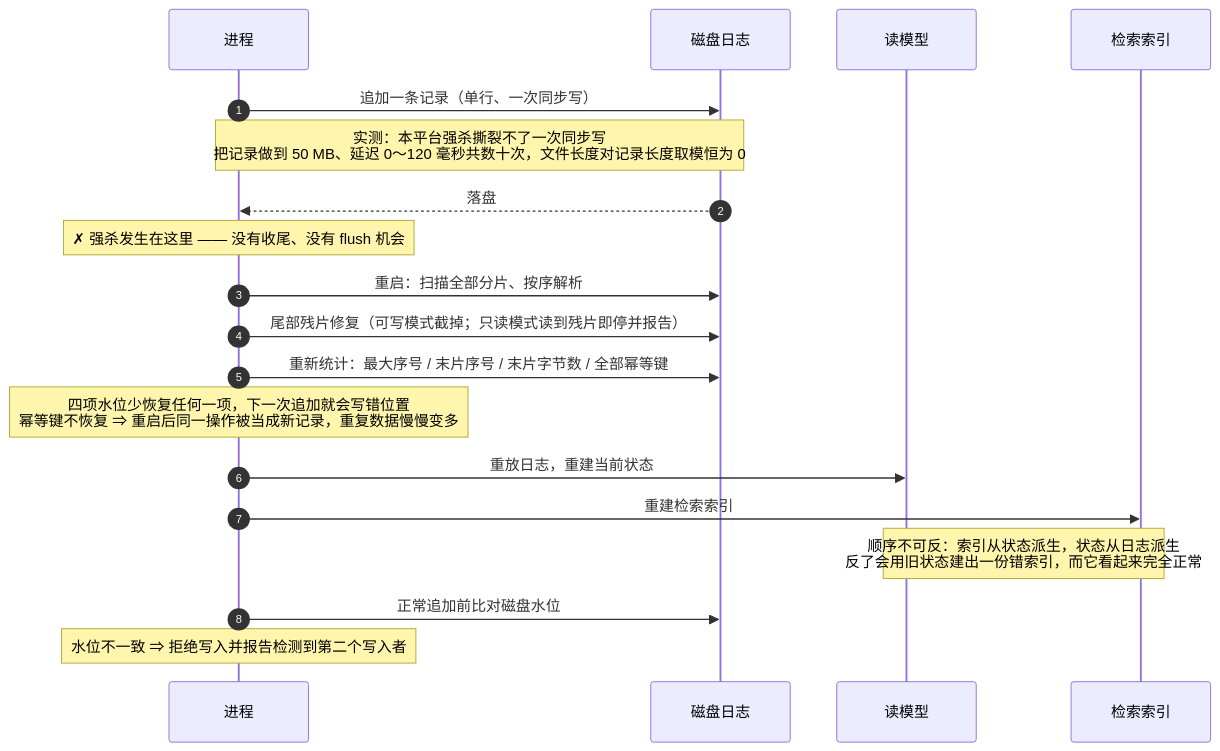
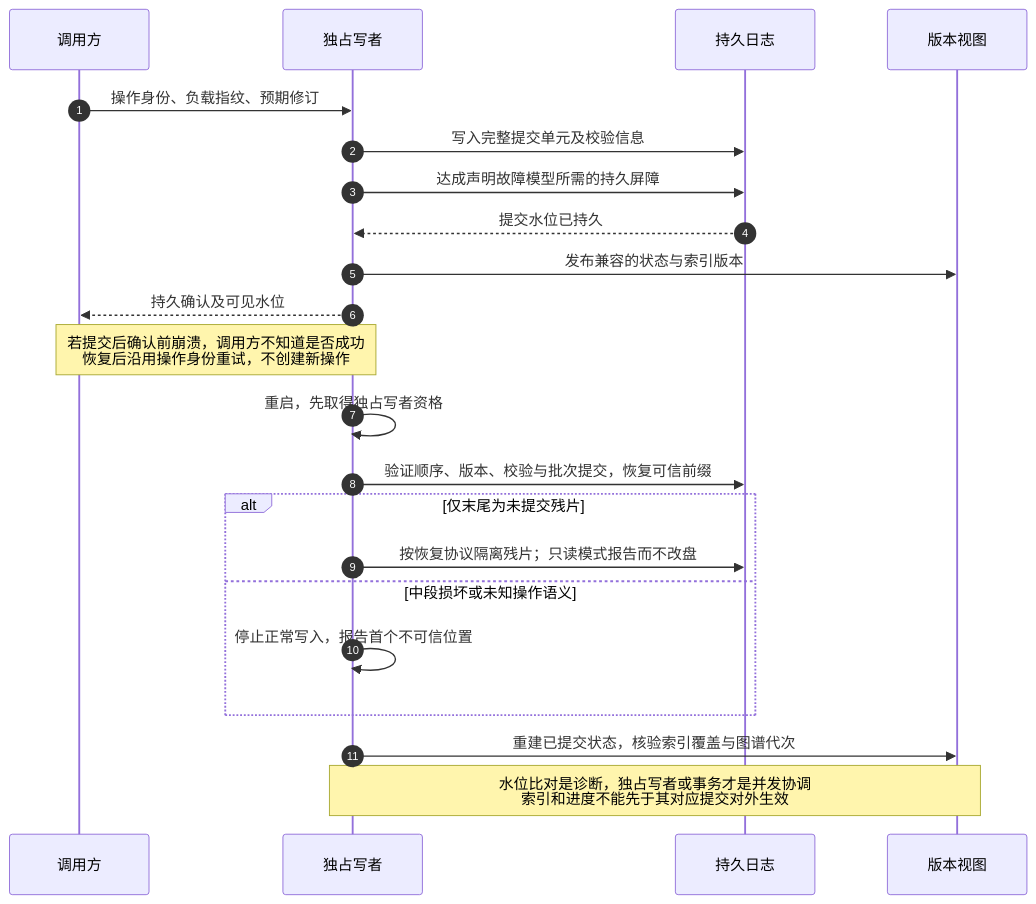
One commit to liruilong9999/memory changed the fifth of 21 diagrams in docs/docs_new/11-时序图与流程图集.md. Above: the diagram before and after it, drawn with Mermaid. The commit also changed other lines of this file and 13 other files, not shown here.

````diff
--- a/docs/docs_new/11-时序图与流程图集.md
+++ b/docs/docs_new/11-时序图与流程图集.md
@@ -247,23 +246,24 @@
 ```mermaid
 sequenceDiagram
     autonumber
-    participant 进程
-    participant 盘 as 磁盘日志
-    participant 视图 as 读模型
-    participant 索引 as 检索索引
-
-    进程->>盘: 追加一条记录（单行、一次同步写）
-    Note over 进程,盘: 实测：本平台强杀撕裂不了一次同步写<br/>把记录做到 50 MB、延迟 0～120 毫秒共数十次，文件长度对记录长度取模恒为 0
-    盘-->>进程: 落盘
-    Note over 进程: ✗ 强杀发生在这里 —— 没有收尾、没有 flush 机会
-
-    进程->>盘: 重启：扫描全部分片、按序解析
-    进程->>盘: 尾部残片修复（可写模式截掉；只读模式读到残片即停并报告）
-    进程->>盘: 重新统计：最大序号 / 末片序号 / 末片字节数 / 全部幂等键
-    Note over 进程: 四项水位少恢复任何一项，下一次追加就会写错位置<br/>幂等键不恢复 ⇒ 重启后同一操作被当成新记录，重复数据慢慢变多
-    进程->>视图: 重放日志，重建当前状态
-    进程->>索引: 重建检索索引
-    Note over 视图,索引: 顺序不可反：索引从状态派生，状态从日志派生<br/>反了会用旧状态建出一份错索引，而它看起来完全正常
-    进程->>盘: 正常追加前比对磁盘水位
-    Note over 进程: 水位不一致 ⇒ 拒绝写入并报告检测到第二个写入者
+    participant 调用 as 调用方
+    participant 写者 as 独占写者
+    participant 盘 as 持久日志
+    participant 视图 as 版本视图
+    调用->>写者: 操作身份、负载指纹、预期修订
+    写者->>盘: 写入完整提交单元及校验信息
+    写者->>盘: 达成声明故障模型所需的持久屏障
+    盘-->>写者: 提交水位已持久
+    写者->>视图: 发布兼容的状态与索引版本
+    写者-->>调用: 持久确认及可见水位
+    Note over 调用,写者: 若提交后确认前崩溃，调用方不知道是否成功<br/>恢复后沿用操作身份重试，不创建新操作
+    写者->>写者: 重启，先取得独占写者资格
+    写者->>盘: 验证顺序、版本、校验与批次提交，恢复可信前缀
+    alt 仅末尾为未提交残片
+        写者->>盘: 按恢复协议隔离残片；只读模式报告而不改盘
+    else 中段损坏或未知操作语义
+        写者->>写者: 停止正常写入，报告首个不可信位置
+    end
+    写者->>视图: 重建已提交状态，核验索引覆盖与图谱代次
+    Note over 写者,视图: 水位比对是诊断，独占写者或事务才是并发协调<br/>索引和进度不能先于其对应提交对外生效
 ```
````
